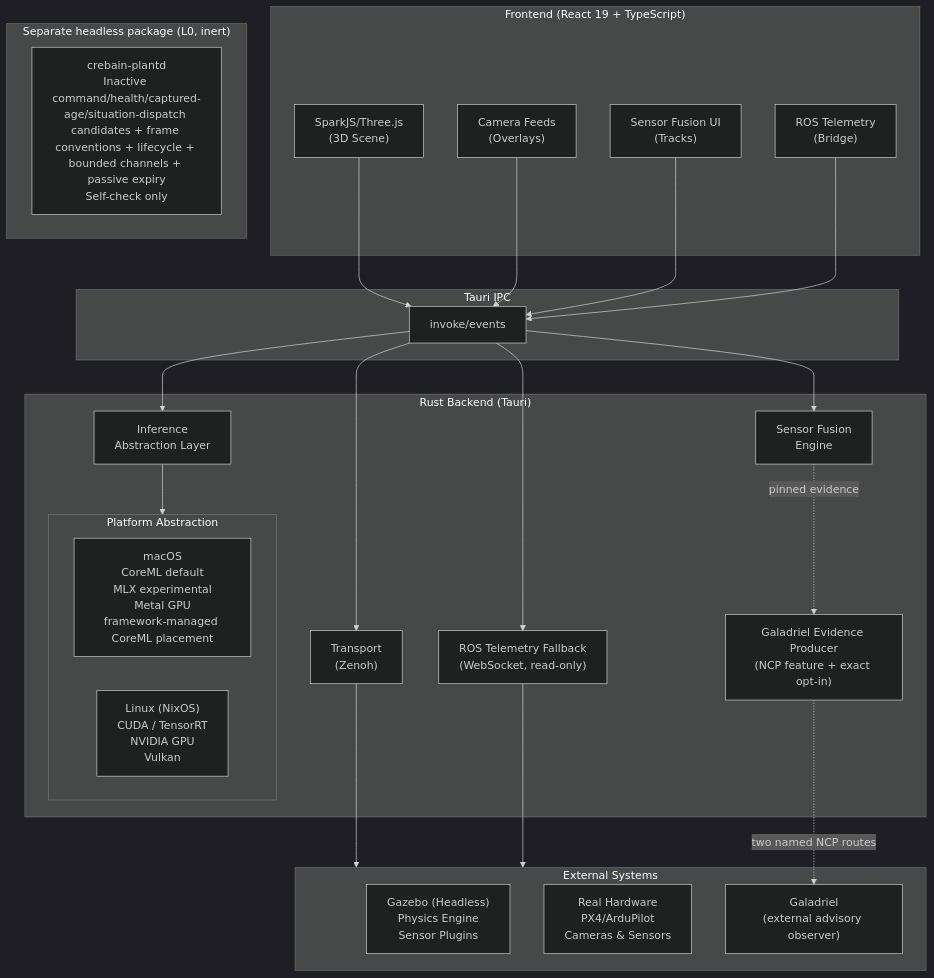
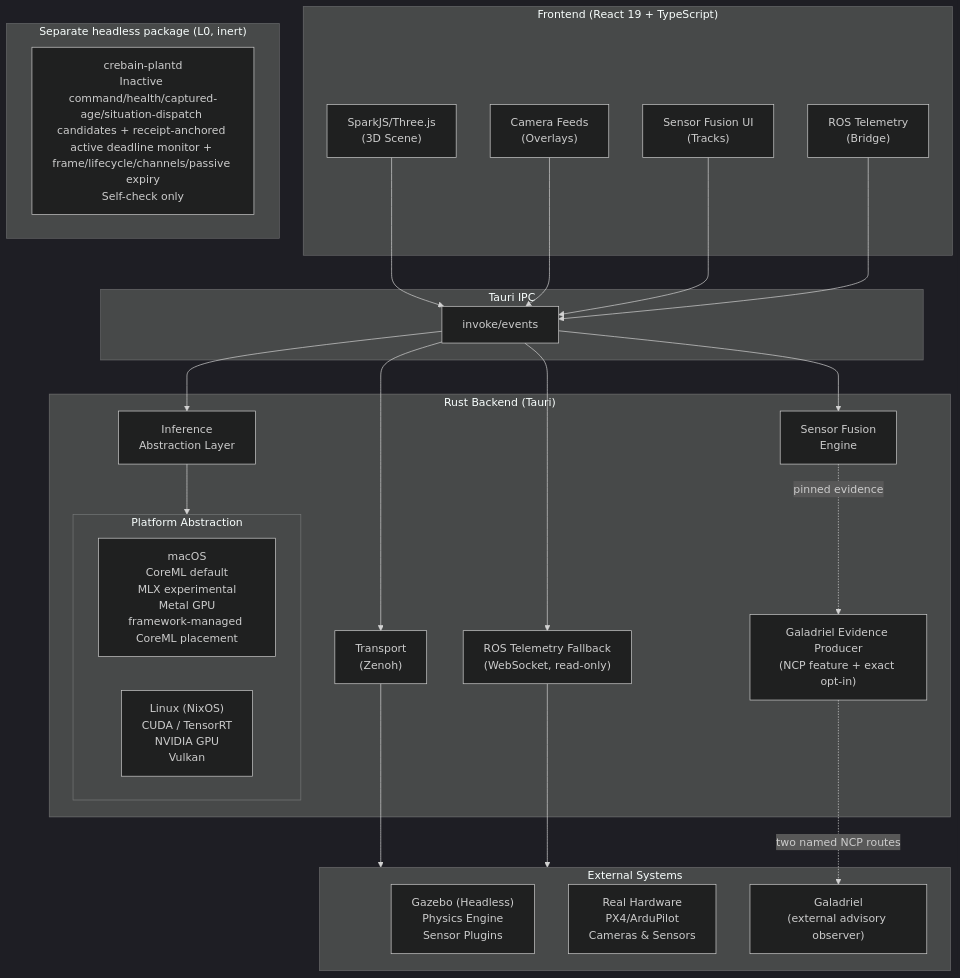
Before and after one commit to sepahead/crebain: the first of 3 diagrams in docs/ARCHITECTURE.md, drawn with Mermaid (dark theme). The commit also changed other lines of this file and 24 other files, not shown here.

Commit message:
feat(plant): add receipt-anchored deadline monitor

````diff
--- a/docs/ARCHITECTURE.md
+++ b/docs/ARCHITECTURE.md
@@ -11,53 +11,53 @@
 ```mermaid
 graph TB
     subgraph Frontend["Frontend (React 19 + TypeScript)"]
         ThreeJS["SparkJS/Three.js<br/>(3D Scene)"]
         CameraFeeds["Camera Feeds<br/>(Overlays)"]
         FusionUI["Sensor Fusion UI<br/>(Tracks)"]
         ROSControls["ROS Telemetry<br/>(Bridge)"]
     end
 
     subgraph IPC["Tauri IPC"]
         Invoke["invoke/events"]
     end
 
     subgraph Backend["Rust Backend (Tauri)"]
         Inference["Inference<br/>Abstraction Layer"]
         SensorFusion["Sensor Fusion<br/>Engine"]
         Zenoh["Transport<br/>(Zenoh)"]
         ROSBridge["ROS Telemetry Fallback<br/>(WebSocket, read-only)"]
         EvidenceProducer["Galadriel Evidence Producer<br/>(NCP feature + exact opt-in)"]
 
         subgraph Platform["Platform Abstraction"]
             macOS["macOS<br/>CoreML default<br/>MLX experimental<br/>Metal GPU<br/>framework-managed CoreML placement"]
             Linux["Linux (NixOS)<br/>CUDA / TensorRT<br/>NVIDIA GPU<br/>Vulkan"]
         end
     end
 
     subgraph PlantFoundation["Separate headless package (L0, inert)"]
-        Plantd["crebain-plantd<br/>Inactive command/health/captured-age/situation-dispatch candidates + frame conventions + lifecycle + bounded channels + passive expiry<br/>Self-check only"]
+        Plantd["crebain-plantd<br/>Inactive command/health/captured-age/situation-dispatch candidates + receipt-anchored active deadline monitor + frame/lifecycle/channels/passive expiry<br/>Self-check only"]
     end
 
     subgraph External["External Systems"]
         Gazebo["Gazebo (Headless)<br/>Physics Engine<br/>Sensor Plugins"]
         Hardware["Real Hardware<br/>PX4/ArduPilot<br/>Cameras & Sensors"]
         Galadriel["Galadriel<br/>(external advisory observer)"]
     end
 
     ThreeJS --> Invoke
     CameraFeeds --> Invoke
     FusionUI --> Invoke
     ROSControls --> Invoke
 
     Invoke --> Inference
     Invoke --> SensorFusion
     Invoke --> Zenoh
     Invoke --> ROSBridge
     SensorFusion -. pinned evidence .-> EvidenceProducer
 
     Inference --> Platform
 
     Zenoh --> External
     ROSBridge --> External
     EvidenceProducer -. two named NCP routes .-> Galadriel
 ```
````
